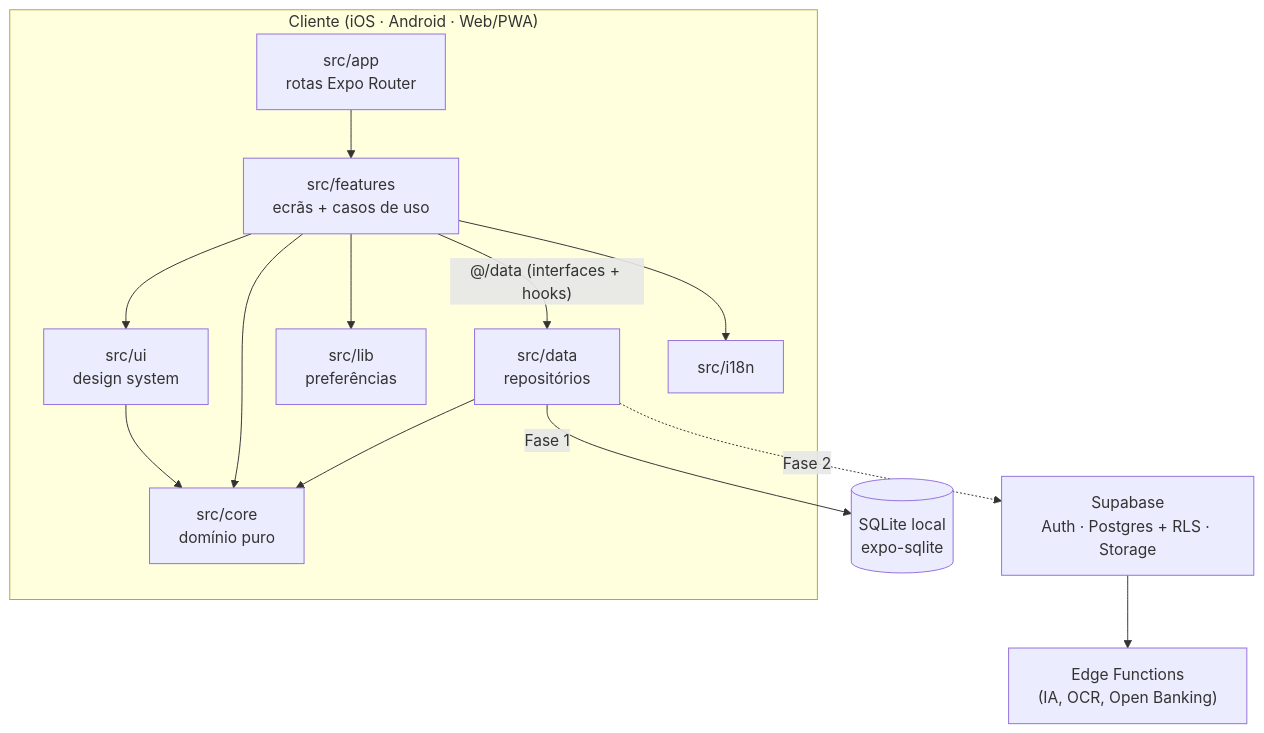
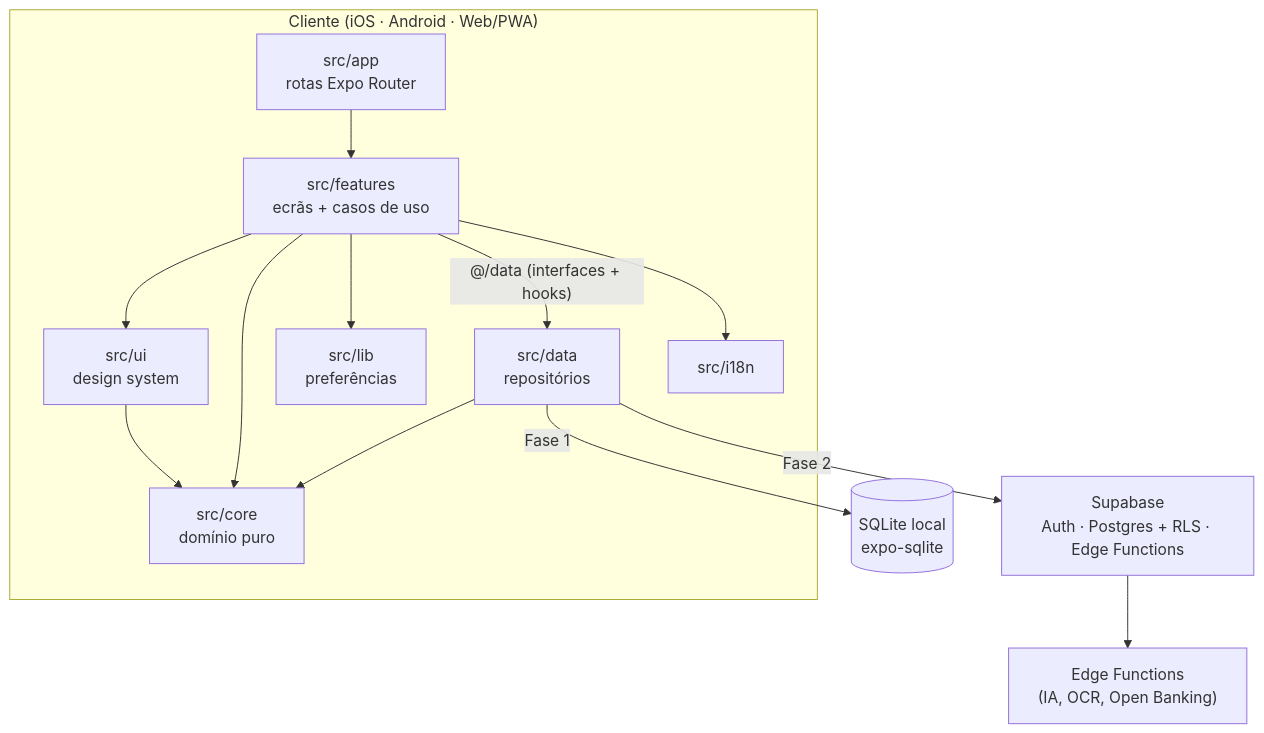
The first of 3 diagrams in docs/architecture.md (CentFlowLab/CentFlow), drawn with Mermaid before and after one commit. The commit also changed other lines of this file and 79 other files, not shown here.

First line of the commit message:
Fase 2: autenticação, RLS e sincronização multiplataforma

````diff
--- a/docs/architecture.md
+++ b/docs/architecture.md
@@ -9,16 +9,16 @@
 ```mermaid
 flowchart TD
   subgraph Cliente["Cliente (iOS · Android · Web/PWA)"]
     APP["src/app<br/>rotas Expo Router"] --> FEAT["src/features<br/>ecrãs + casos de uso"]
     FEAT --> UI["src/ui<br/>design system"]
     FEAT --> CORE["src/core<br/>domínio puro"]
     FEAT --> LIB["src/lib<br/>preferências"]
     FEAT -->|"@/data (interfaces + hooks)"| DATA["src/data<br/>repositórios"]
     DATA --> CORE
     UI --> CORE
     FEAT --> I18N["src/i18n"]
   end
   DATA -->|Fase 1| LOCALDB[("SQLite local<br/>expo-sqlite")]
-  DATA -.->|Fase 2| SUPA["Supabase<br/>Auth · Postgres + RLS · Storage"]
+  DATA -->|Fase 2| SUPA["Supabase<br/>Auth · Postgres + RLS · Edge Functions"]
   SUPA --> EDGE["Edge Functions<br/>(IA, OCR, Open Banking)"]
 ```
````
